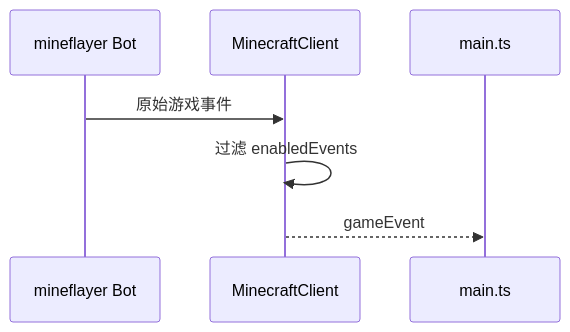
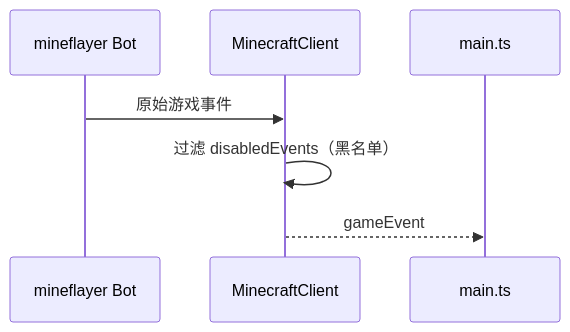
One commit to ChangingSelf/maicraft-mcp-server changed the fourth of 4 diagrams in README.md. Above: the diagram before and after it, drawn with Mermaid. The commit also changed other lines of this file and 6 other files, not shown here.

````diff
--- a/README.md
+++ b/README.md
@@ -114,10 +114,10 @@
 ```mermaid
 sequenceDiagram
   participant Bot as mineflayer Bot
   participant MC as MinecraftClient
   participant Main as main.ts
 
   Bot->>MC: 原始游戏事件
-  MC->>MC: 过滤 enabledEvents
+  MC->>MC: 过滤 disabledEvents（黑名单）
   MC-->>Main: gameEvent
 ```
````
